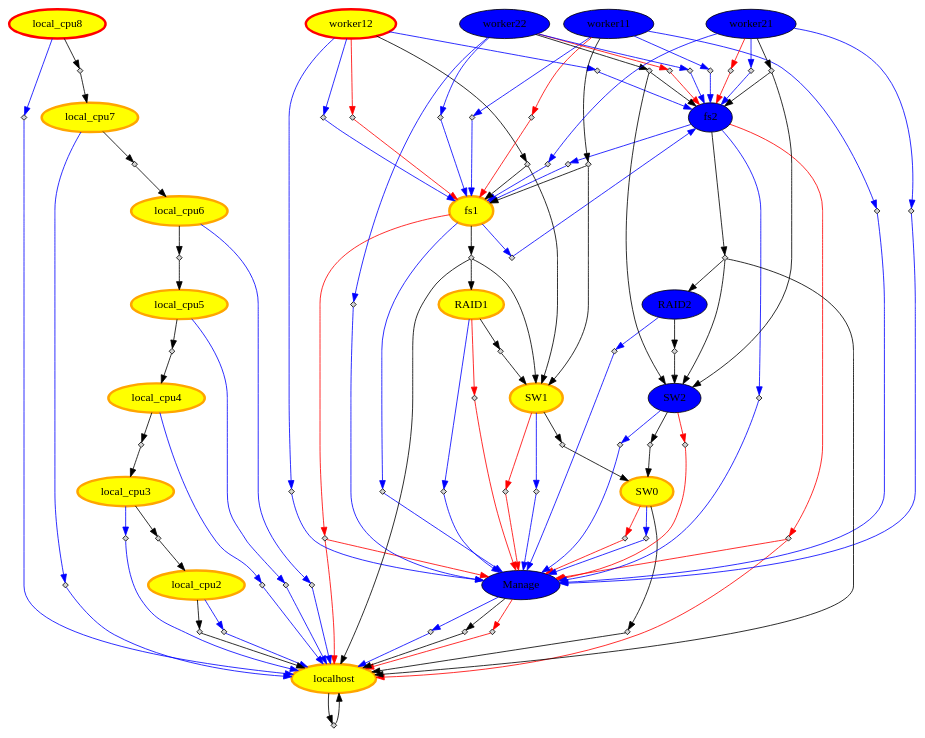
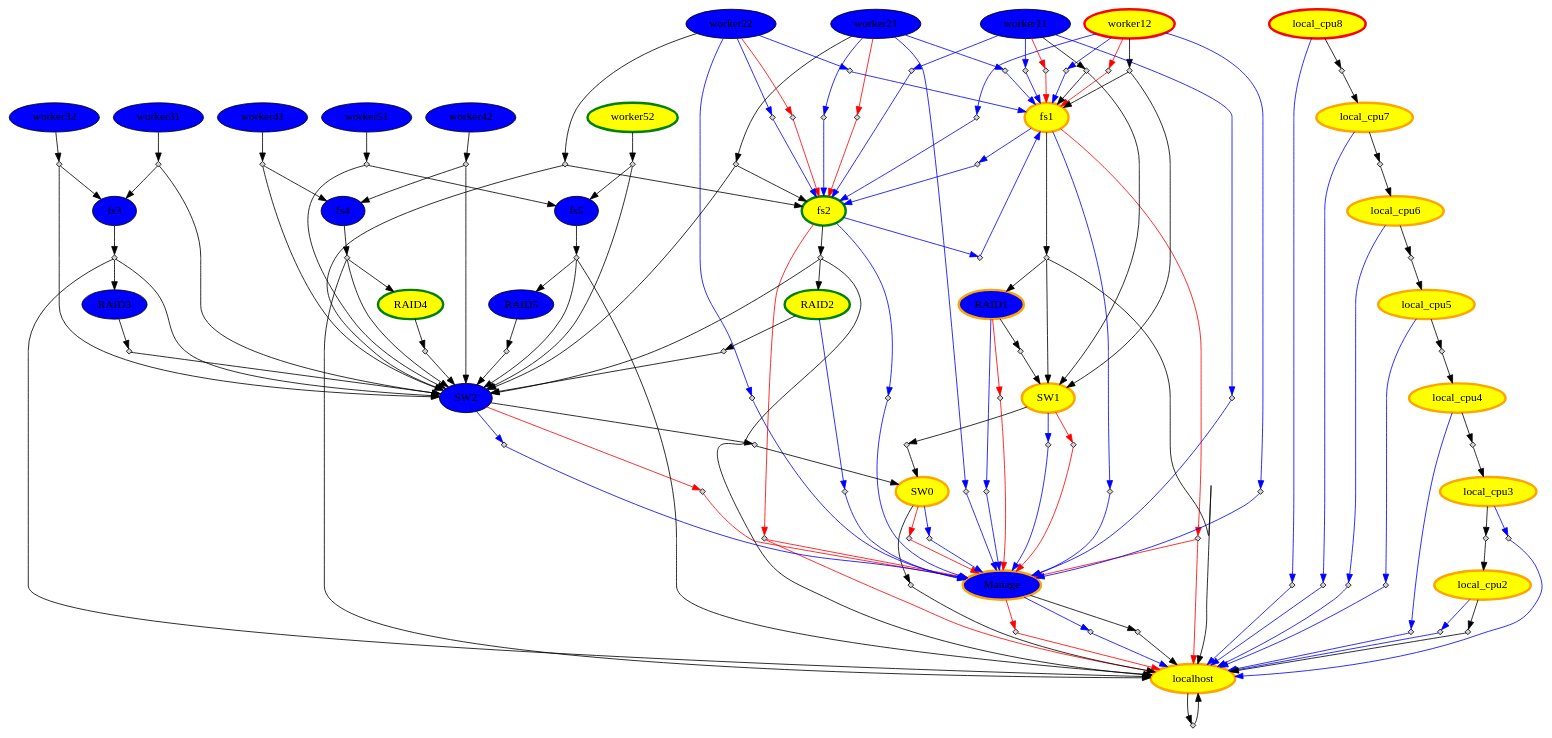
Before and after one commit to amgaa/ClusterNap: the diagram in server/CN.dot, drawn with Graphviz. The commit also changed 9 other files, not shown here.

```diff
--- a/server/CN.dot
+++ b/server/CN.dot
@@ -1,4 +1,17 @@
 digraph CN { 
+"worker42" [style="filled"	 color=black, fillcolor= blue] ;
+"worker41" [style="filled"	 color=black, fillcolor= blue] ;
+"fs1" [style="filled"	 color=orange, penwidth=3, fillcolor= yellow] ;
+"fs2" [style="filled"	 color=green, penwidth=3, fillcolor= yellow] ;
+"fs3" [style="filled"	 color=black, fillcolor= blue] ;
+"fs4" [style="filled"	 color=black, fillcolor= blue] ;
+"fs5" [style="filled"	 color=black, fillcolor= blue] ;
+"worker12" [style="filled"	 color=red, penwidth=3, fillcolor= yellow] ;
+"worker51" [style="filled"	 color=black, fillcolor= blue] ;
+"worker11" [style="filled"	 color=black, fillcolor= blue] ;
+"worker52" [style="filled"	 color=green, penwidth=3, fillcolor= yellow] ;
+"worker32" [style="filled"	 color=black, fillcolor= blue] ;
+"worker31" [style="filled"	 color=black, fillcolor= blue] ;
 "local_cpu8" [style="filled"	 color=red, penwidth=3, fillcolor= yellow] ;
 "local_cpu4" [style="filled"	 color=orange, penwidth=3, fillcolor= yellow] ;
 "local_cpu5" [style="filled"	 color=orange, penwidth=3, fillcolor= yellow] ;
@@ -6,19 +19,18 @@
 "local_cpu7" [style="filled"	 color=orange, penwidth=3, fillcolor= yellow] ;
 "local_cpu2" [style="filled"	 color=orange, penwidth=3, fillcolor= yellow] ;
 "local_cpu3" [style="filled"	 color=orange, penwidth=3, fillcolor= yellow] ;
-"RAID1" [style="filled"	 color=orange, penwidth=3, fillcolor= yellow] ;
-"worker12" [style="filled"	 color=red, penwidth=3, fillcolor= yellow] ;
-"Manage" [style="filled"	 color=black, fillcolor= blue] ;
-"fs1" [style="filled"	 color=orange, penwidth=3, fillcolor= yellow] ;
-"fs2" [style="filled"	 color=black, fillcolor= blue] ;
-"worker11" [style="filled"	 color=black, fillcolor= blue] ;
-"worker22" [style="filled"	 color=black, fillcolor= blue] ;
-"RAID2" [style="filled"	 color=black, fillcolor= blue] ;
+"Manage" [style="filled"	 color=orange, penwidth=3, fillcolor= blue] ;
+"RAID5" [style="filled"	 color=black, fillcolor= blue] ;
+"RAID4" [style="filled"	 color=green, penwidth=3, fillcolor= yellow] ;
+"RAID1" [style="filled"	 color=orange, penwidth=3, fillcolor= blue] ;
+"localhost" [style="filled"	 color=orange, penwidth=3, fillcolor= yellow] ;
+"RAID3" [style="filled"	 color=black, fillcolor= blue] ;
+"RAID2" [style="filled"	 color=green, penwidth=3, fillcolor= yellow] ;
 "SW1" [style="filled"	 color=orange, penwidth=3, fillcolor= yellow] ;
 "SW0" [style="filled"	 color=orange, penwidth=3, fillcolor= yellow] ;
 "SW2" [style="filled"	 color=black, fillcolor= blue] ;
 "worker21" [style="filled"	 color=black, fillcolor= blue] ;
-"localhost" [style="filled"	 color=orange, penwidth=3, fillcolor= yellow] ;
+"worker22" [style="filled"	 color=black, fillcolor= blue] ;
 "RAID1" -> "OR:ON:RAID10" [color=red];
 "OR:ON:RAID10" [shape=diamond, style=filled, label="", height=.1, width=.1];
    "OR:ON:RAID10" -> "Manage" [color=red];
@@ -141,6 +153,63 @@
 "worker22" -> "OR:OFF:worker222" [color=blue];
 "OR:OFF:worker222" [shape=diamond, style=filled, label="", height=.1, width=.1];
    "OR:OFF:worker222" -> "Manage" [color=blue] ;
+"worker42" -> "OR:RUN:worker420";
+"OR:RUN:worker420" [shape=diamond, style=filled, label="", height=.1, width=.1];
+   "OR:RUN:worker420" -> "fs4";
+"OR:RUN:worker420" -> "SW2";
+"worker41" -> "OR:RUN:worker410";
+"OR:RUN:worker410" [shape=diamond, style=filled, label="", height=.1, width=.1];
+   "OR:RUN:worker410" -> "fs4";
+"OR:RUN:worker410" -> "SW2";
+"fs1" -> "OR:RUN:fs10";
+"OR:RUN:fs10" [shape=diamond, style=filled, label="", height=.1, width=.1];
+   "OR:RUN:fs10" -> "localhost";
+"OR:RUN:fs10" -> "RAID1";
+"OR:RUN:fs10" -> "SW1";
+"fs2" -> "OR:RUN:fs20";
+"OR:RUN:fs20" [shape=diamond, style=filled, label="", height=.1, width=.1];
+   "OR:RUN:fs20" -> "localhost";
+"OR:RUN:fs20" -> "RAID2";
+"OR:RUN:fs20" -> "SW2";
+"fs3" -> "OR:RUN:fs30";
+"OR:RUN:fs30" [shape=diamond, style=filled, label="", height=.1, width=.1];
+   "OR:RUN:fs30" -> "localhost";
+"OR:RUN:fs30" -> "RAID3";
+"OR:RUN:fs30" -> "SW2";
+"fs4" -> "OR:RUN:fs40";
+"OR:RUN:fs40" [shape=diamond, style=filled, label="", height=.1, width=.1];
+   "OR:RUN:fs40" -> "localhost";
+"OR:RUN:fs40" -> "RAID4";
+"OR:RUN:fs40" -> "SW2";
+"fs5" -> "OR:RUN:fs50";
+"OR:RUN:fs50" [shape=diamond, style=filled, label="", height=.1, width=.1];
+   "OR:RUN:fs50" -> "localhost";
+"OR:RUN:fs50" -> "RAID5";
+"OR:RUN:fs50" -> "SW2";
+"worker12" -> "OR:RUN:worker120";
+"OR:RUN:worker120" [shape=diamond, style=filled, label="", height=.1, width=.1];
+   "OR:RUN:worker120" -> "fs1";
+"OR:RUN:worker120" -> "SW1";
+"worker51" -> "OR:RUN:worker510";
+"OR:RUN:worker510" [shape=diamond, style=filled, label="", height=.1, width=.1];
+   "OR:RUN:worker510" -> "fs5";
+"OR:RUN:worker510" -> "SW2";
+"worker11" -> "OR:RUN:worker110";
+"OR:RUN:worker110" [shape=diamond, style=filled, label="", height=.1, width=.1];
+   "OR:RUN:worker110" -> "fs1";
+"OR:RUN:worker110" -> "SW1";
+"worker52" -> "OR:RUN:worker520";
+"OR:RUN:worker520" [shape=diamond, style=filled, label="", height=.1, width=.1];
+   "OR:RUN:worker520" -> "fs5";
+"OR:RUN:worker520" -> "SW2";
+"worker32" -> "OR:RUN:worker320";
+"OR:RUN:worker320" [shape=diamond, style=filled, label="", height=.1, width=.1];
+   "OR:RUN:worker320" -> "fs3";
+"OR:RUN:worker320" -> "SW2";
+"worker31" -> "OR:RUN:worker310";
+"OR:RUN:worker310" [shape=diamond, style=filled, label="", height=.1, width=.1];
+   "OR:RUN:worker310" -> "fs3";
+"OR:RUN:worker310" -> "SW2";
 "local_cpu8" -> "OR:RUN:local_cpu80";
 "OR:RUN:local_cpu80" [shape=diamond, style=filled, label="", height=.1, width=.1];
    "OR:RUN:local_cpu80" -> "local_cpu7";
@@ -162,34 +231,24 @@
 "local_cpu3" -> "OR:RUN:local_cpu30";
 "OR:RUN:local_cpu30" [shape=diamond, style=filled, label="", height=.1, width=.1];
    "OR:RUN:local_cpu30" -> "local_cpu2";
+"Manage" -> "OR:RUN:Manage0";
+"OR:RUN:Manage0" [shape=diamond, style=filled, label="", height=.1, width=.1];
+   "OR:RUN:Manage0" -> "localhost";
+"RAID5" -> "OR:RUN:RAID50";
+"OR:RUN:RAID50" [shape=diamond, style=filled, label="", height=.1, width=.1];
+   "OR:RUN:RAID50" -> "SW2";
+"RAID4" -> "OR:RUN:RAID40";
+"OR:RUN:RAID40" [shape=diamond, style=filled, label="", height=.1, width=.1];
+   "OR:RUN:RAID40" -> "SW2";
 "RAID1" -> "OR:RUN:RAID10";
 "OR:RUN:RAID10" [shape=diamond, style=filled, label="", height=.1, width=.1];
    "OR:RUN:RAID10" -> "SW1";
-"worker12" -> "OR:RUN:worker120";
-"OR:RUN:worker120" [shape=diamond, style=filled, label="", height=.1, width=.1];
-   "OR:RUN:worker120" -> "fs1";
-"OR:RUN:worker120" -> "SW1";
-"Manage" -> "OR:RUN:Manage0";
-"OR:RUN:Manage0" [shape=diamond, style=filled, label="", height=.1, width=.1];
-   "OR:RUN:Manage0" -> "localhost";
-"fs1" -> "OR:RUN:fs10";
-"OR:RUN:fs10" [shape=diamond, style=filled, label="", height=.1, width=.1];
-   "OR:RUN:fs10" -> "localhost";
-"OR:RUN:fs10" -> "RAID1";
-"OR:RUN:fs10" -> "SW1";
-"fs2" -> "OR:RUN:fs20";
-"OR:RUN:fs20" [shape=diamond, style=filled, label="", height=.1, width=.1];
-   "OR:RUN:fs20" -> "localhost";
-"OR:RUN:fs20" -> "RAID2";
-"OR:RUN:fs20" -> "SW2";
-"worker11" -> "OR:RUN:worker110";
-"OR:RUN:worker110" [shape=diamond, style=filled, label="", height=.1, width=.1];
-   "OR:RUN:worker110" -> "fs1";
-"OR:RUN:worker110" -> "SW1";
-"worker22" -> "OR:RUN:worker220";
-"OR:RUN:worker220" [shape=diamond, style=filled, label="", height=.1, width=.1];
-   "OR:RUN:worker220" -> "fs2";
-"OR:RUN:worker220" -> "SW2";
+"localhost" -> "OR:RUN:localhost0";
+"OR:RUN:localhost0" [shape=diamond, style=filled, label="", height=.1, width=.1];
+   "OR:RUN:localhost0" -> "localhost";
+"RAID3" -> "OR:RUN:RAID30";
+"OR:RUN:RAID30" [shape=diamond, style=filled, label="", height=.1, width=.1];
+   "OR:RUN:RAID30" -> "SW2";
 "RAID2" -> "OR:RUN:RAID20";
 "OR:RUN:RAID20" [shape=diamond, style=filled, label="", height=.1, width=.1];
    "OR:RUN:RAID20" -> "SW2";
@@ -206,7 +265,8 @@
 "OR:RUN:worker210" [shape=diamond, style=filled, label="", height=.1, width=.1];
    "OR:RUN:worker210" -> "fs2";
 "OR:RUN:worker210" -> "SW2";
-"localhost" -> "OR:RUN:localhost0";
-"OR:RUN:localhost0" [shape=diamond, style=filled, label="", height=.1, width=.1];
-   "OR:RUN:localhost0" -> "localhost";
+"worker22" -> "OR:RUN:worker220";
+"OR:RUN:worker220" [shape=diamond, style=filled, label="", height=.1, width=.1];
+   "OR:RUN:worker220" -> "fs2";
+"OR:RUN:worker220" -> "SW2";
 }
```
